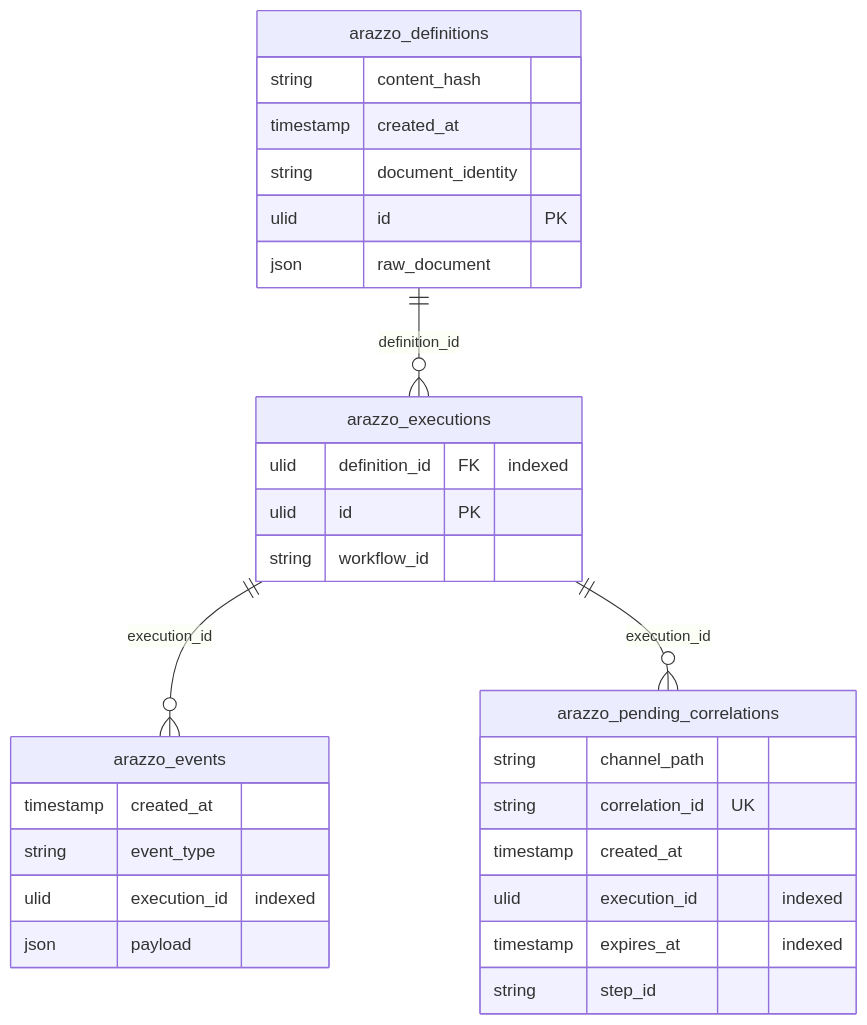
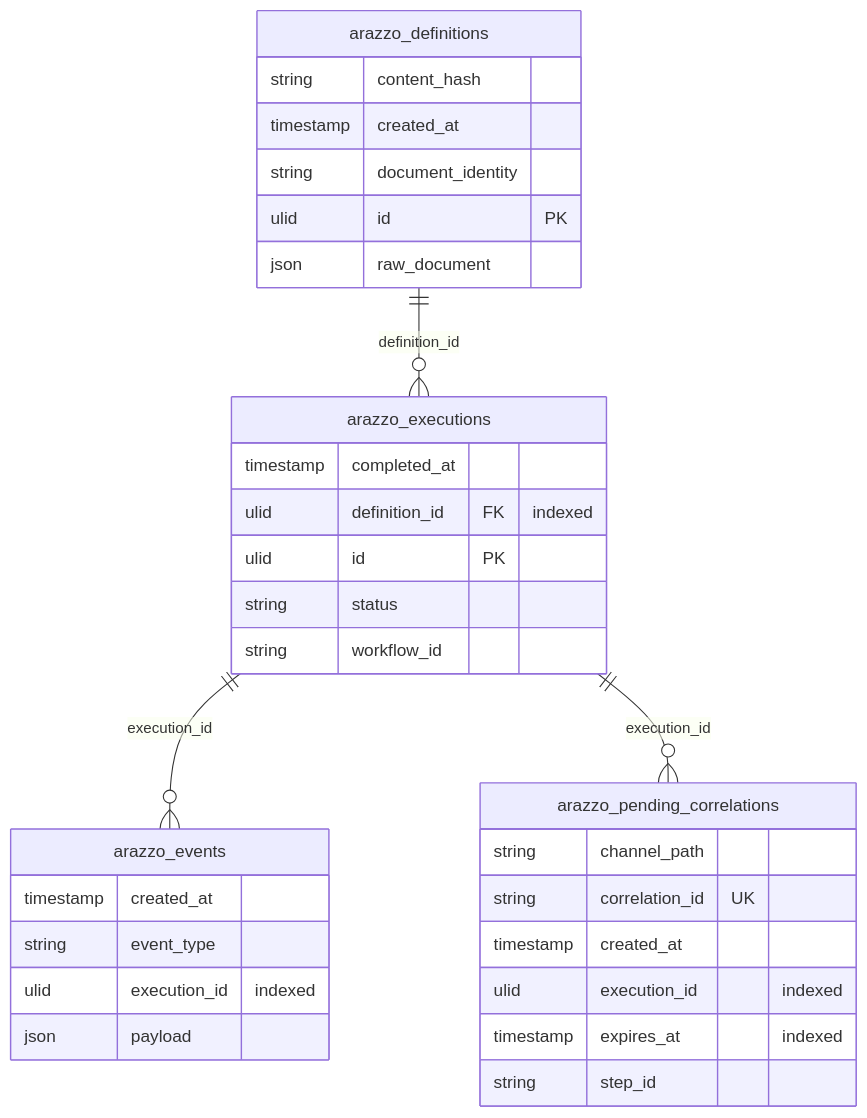
The diagram in docs/generated/database-schema.md (Mohammed-Alama/php-arazzo), drawn with Mermaid before and after one commit. The commit also changed 4 other files, not shown here.

Commit message:
fix(docs): schema merges update migrations, security sites package-aware

````diff
--- a/docs/generated/database-schema.md
+++ b/docs/generated/database-schema.md
@@ -9,32 +9,34 @@
 ```mermaid
 erDiagram
     arazzo_definitions {
         string content_hash 
         timestamp created_at 
         string document_identity 
         ulid id PK
         json raw_document 
     }
     arazzo_events {
         timestamp created_at 
         string event_type 
         ulid execution_id  "indexed"
         json payload 
     }
     arazzo_executions {
+        timestamp completed_at 
         ulid definition_id FK "indexed"
         ulid id PK
+        string status 
         string workflow_id 
     }
     arazzo_pending_correlations {
         string channel_path 
         string correlation_id UK
         timestamp created_at 
         ulid execution_id  "indexed"
         timestamp expires_at  "indexed"
         string step_id 
     }
     arazzo_definitions ||--o{ arazzo_executions : "definition_id"
     arazzo_executions ||--o{ arazzo_events : "execution_id"
     arazzo_executions ||--o{ arazzo_pending_correlations : "execution_id"
 ```
````
